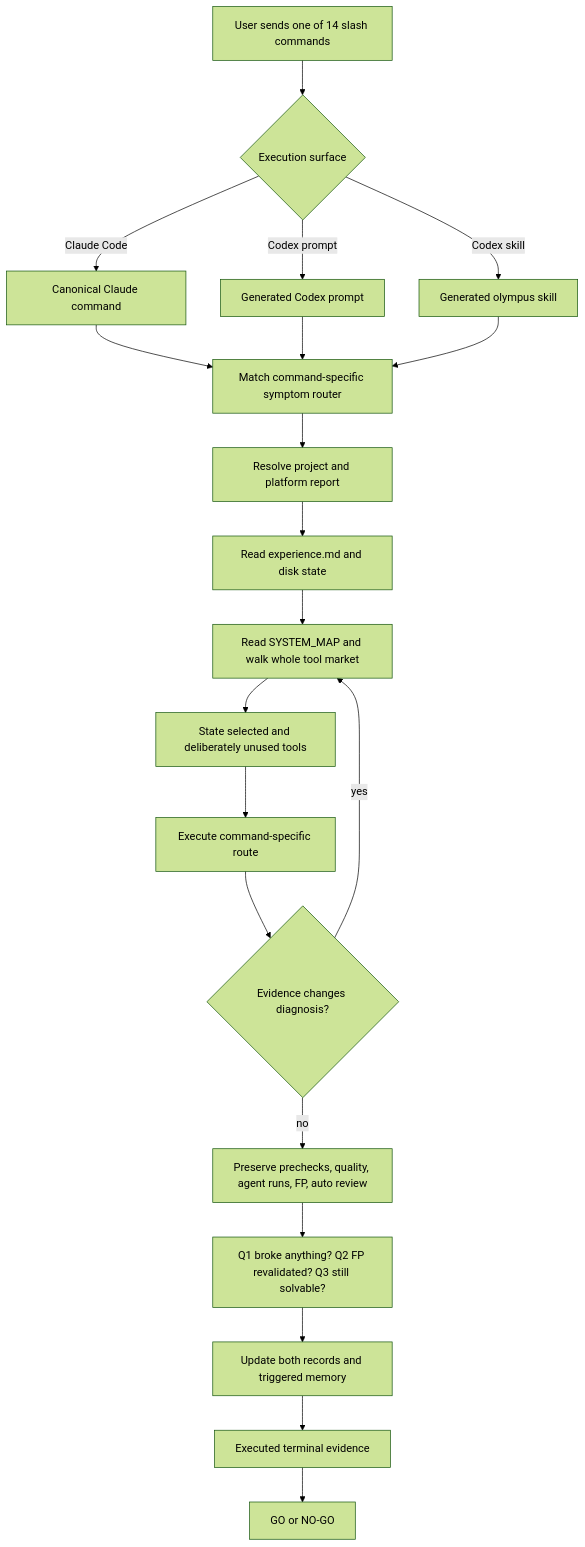
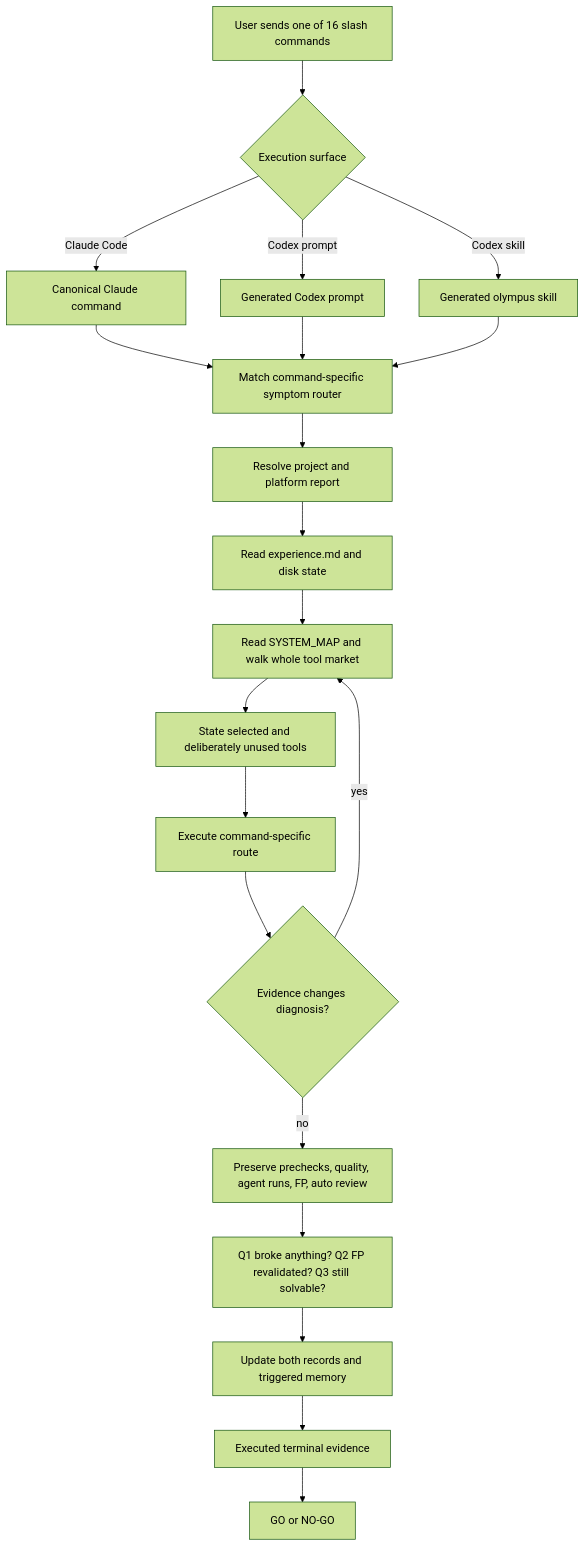
Before and after one commit to aurumstylesbrand-source/olympus-analyzer: the first of 3 diagrams in AUDIT_REPORT_2026-08-24.md, drawn with Mermaid (forest theme). The commit also changed other lines of this file and 6 other files, not shown here.

````diff
--- a/AUDIT_REPORT_2026-08-24.md
+++ b/AUDIT_REPORT_2026-08-24.md
@@ -12,22 +12,22 @@
 ```mermaid
 flowchart TD
-    U[User sends one of 14 slash commands] --> C{Execution surface}
+    U[User sends one of 16 slash commands] --> C{Execution surface}
     C -->|Claude Code| CC[Canonical Claude command]
     C -->|Codex prompt| CP[Generated Codex prompt]
     C -->|Codex skill| CS[Generated olympus skill]
     CC --> R[Match command-specific symptom router]
     CP --> R
     CS --> R
     R --> P[Resolve project and platform report]
     P --> E[Read experience.md and disk state]
     E --> M[Read SYSTEM_MAP and walk whole tool market]
     M --> B[State selected and deliberately unused tools]
     B --> X[Execute command-specific route]
     X --> A{Evidence changes diagnosis?}
     A -->|yes| M
     A -->|no| G[Preserve prechecks, quality, agent runs, FP, auto review]
     G --> Q[Q1 broke anything? Q2 FP revalidated? Q3 still solvable?]
     Q --> L[Update both records and triggered memory]
     L --> V[Executed terminal evidence]
     V --> O[GO or NO-GO]
 ```
````
